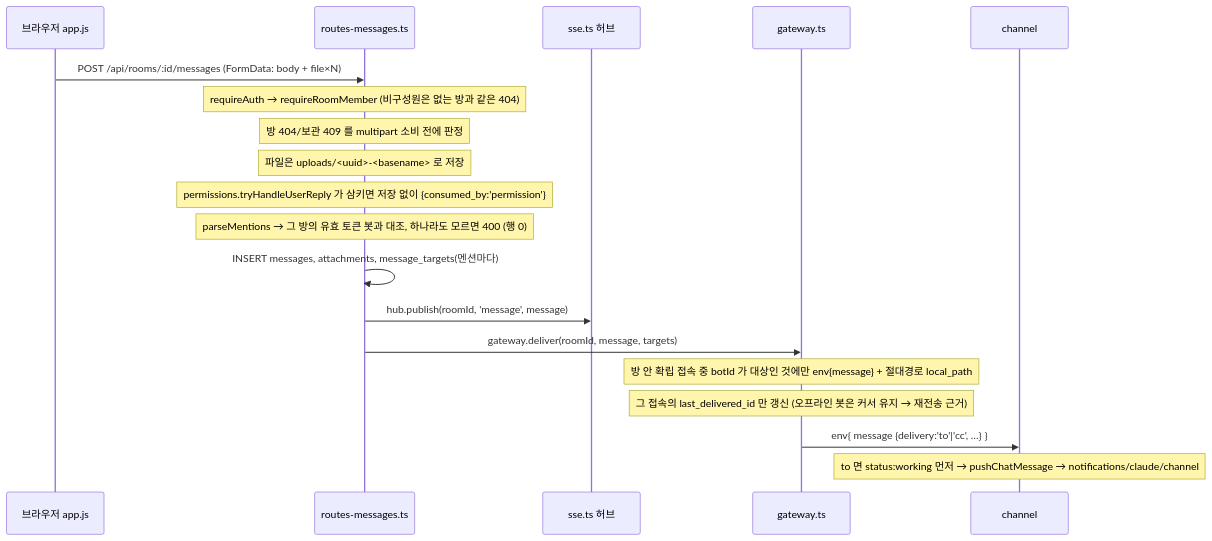
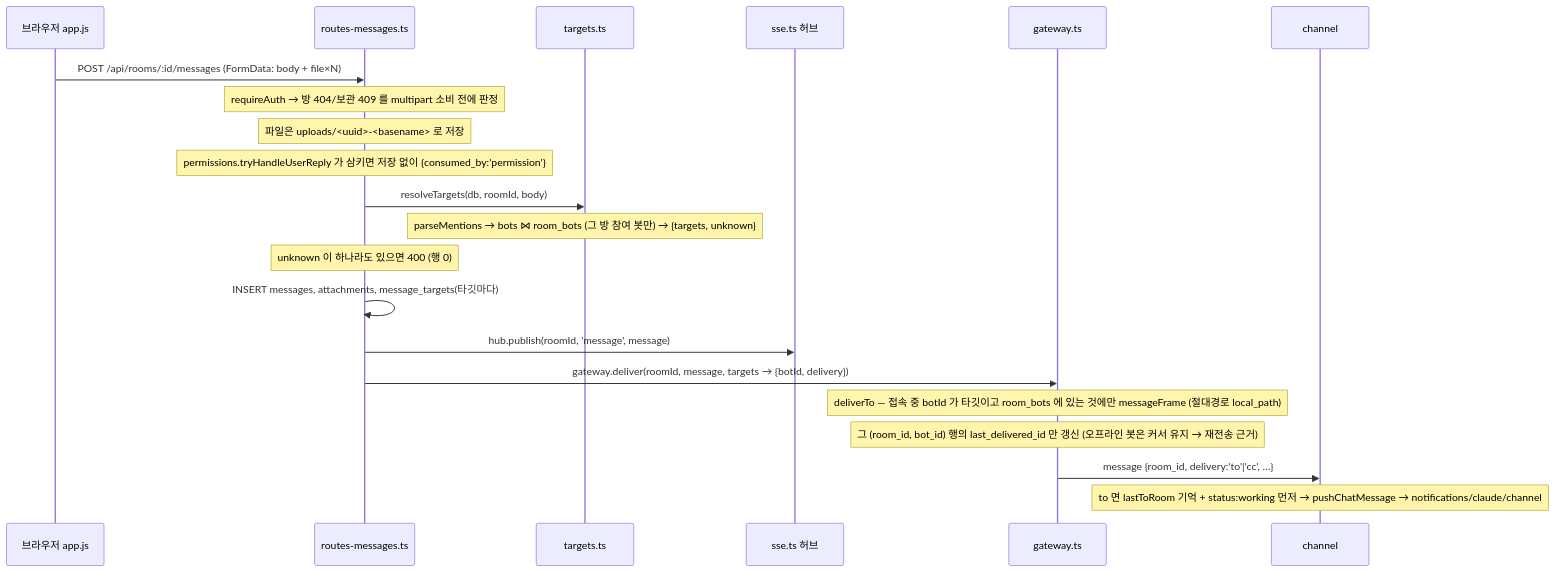
One commit to bjw202/minidiscord changed the first of 2 diagrams in .moai/project/codemaps/data-flow.md. Above: the diagram before and after it, drawn with Mermaid. The commit also changed other lines of this file and 7 other files, not shown here.

First line of the commit message:
docs(v2-c2): README·ROADMAP·CHANGELOG·코드맵 5종을 v2 현재 코드 기준으로 — C2 5번

````diff
--- a/.moai/project/codemaps/data-flow.md
+++ b/.moai/project/codemaps/data-flow.md
@@ -42,21 +41,23 @@
 ```mermaid
 sequenceDiagram
   participant B as 브라우저 app.js
   participant M as routes-messages.ts
+  participant T as targets.ts
   participant H as sse.ts 허브
   participant G as gateway.ts
   participant C as channel
   B->>M: POST /api/rooms/:id/messages (FormData: body + file×N)
-  Note over M: requireAuth → requireRoomMember (비구성원은 없는 방과 같은 404)
-  Note over M: 방 404/보관 409 를 multipart 소비 전에 판정
+  Note over M: requireAuth → 방 404/보관 409 를 multipart 소비 전에 판정
   Note over M: 파일은 uploads/<uuid>-<basename> 로 저장
   Note over M: permissions.tryHandleUserReply 가 삼키면 저장 없이 {consumed_by:'permission'}
-  Note over M: parseMentions → 그 방의 유효 토큰 봇과 대조, 하나라도 모르면 400 (행 0)
-  M->>M: INSERT messages, attachments, message_targets(멘션마다)
+  M->>T: resolveTargets(db, roomId, body)
+  Note over T: parseMentions → bots ⋈ room_bots (그 방 참여 봇만) → {targets, unknown}
+  Note over M: unknown 이 하나라도 있으면 400 (행 0)
+  M->>M: INSERT messages, attachments, message_targets(타깃마다)
   M->>H: hub.publish(roomId, 'message', message)
-  M->>G: gateway.deliver(roomId, message, targets)
-  Note over G: 방 안 확립 접속 중 botId 가 대상인 것에만 env{message} + 절대경로 local_path
-  Note over G: 그 접속의 last_delivered_id 만 갱신 (오프라인 봇은 커서 유지 → 재전송 근거)
-  G->>C: env{ message {delivery:'to'|'cc', …} }
-  Note over C: to 면 status:working 먼저 → pushChatMessage → notifications/claude/channel
+  M->>G: gateway.deliver(roomId, message, targets → {botId, delivery})
+  Note over G: deliverTo — 접속 중 botId 가 타깃이고 room_bots 에 있는 것에만 messageFrame (절대경로 local_path)
+  Note over G: 그 (room_id, bot_id) 행의 last_delivered_id 만 갱신 (오프라인 봇은 커서 유지 → 재전송 근거)
+  G->>C: message {room_id, delivery:'to'|'cc', …}
+  Note over C: to 면 lastToRoom 기억 + status:working 먼저 → pushChatMessage → notifications/claude/channel
 ```
````
